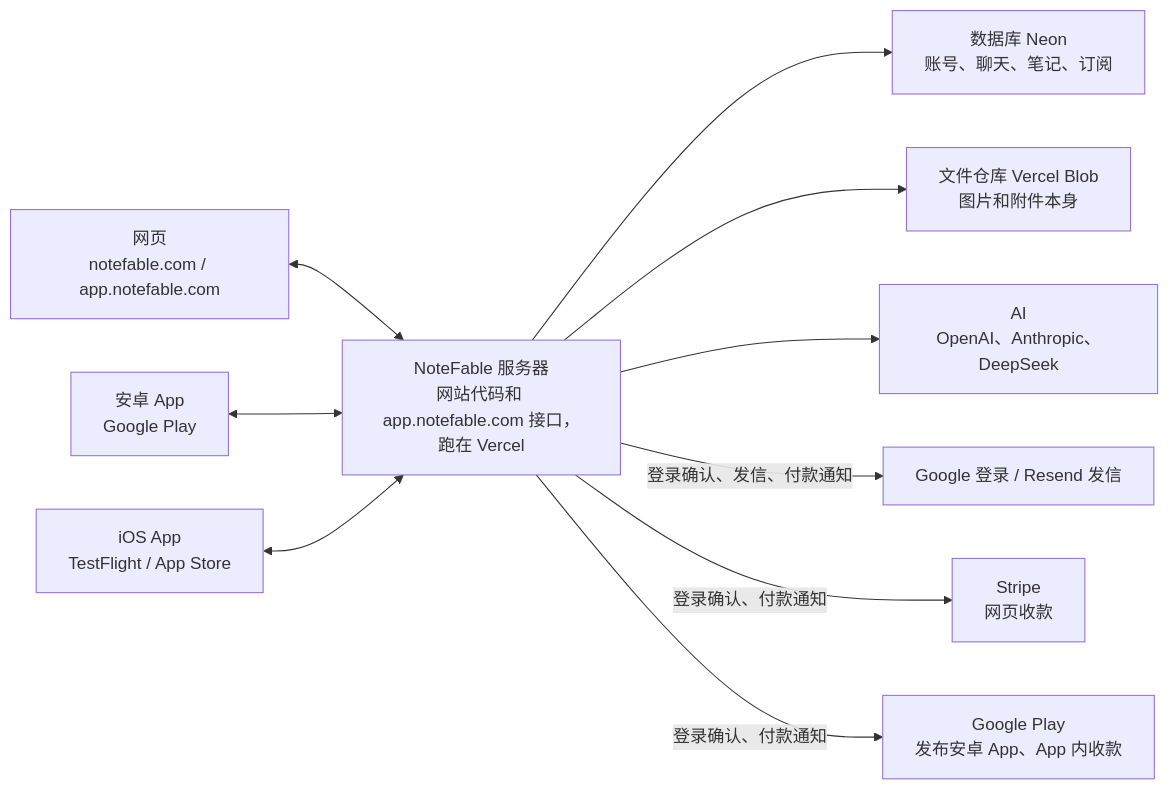
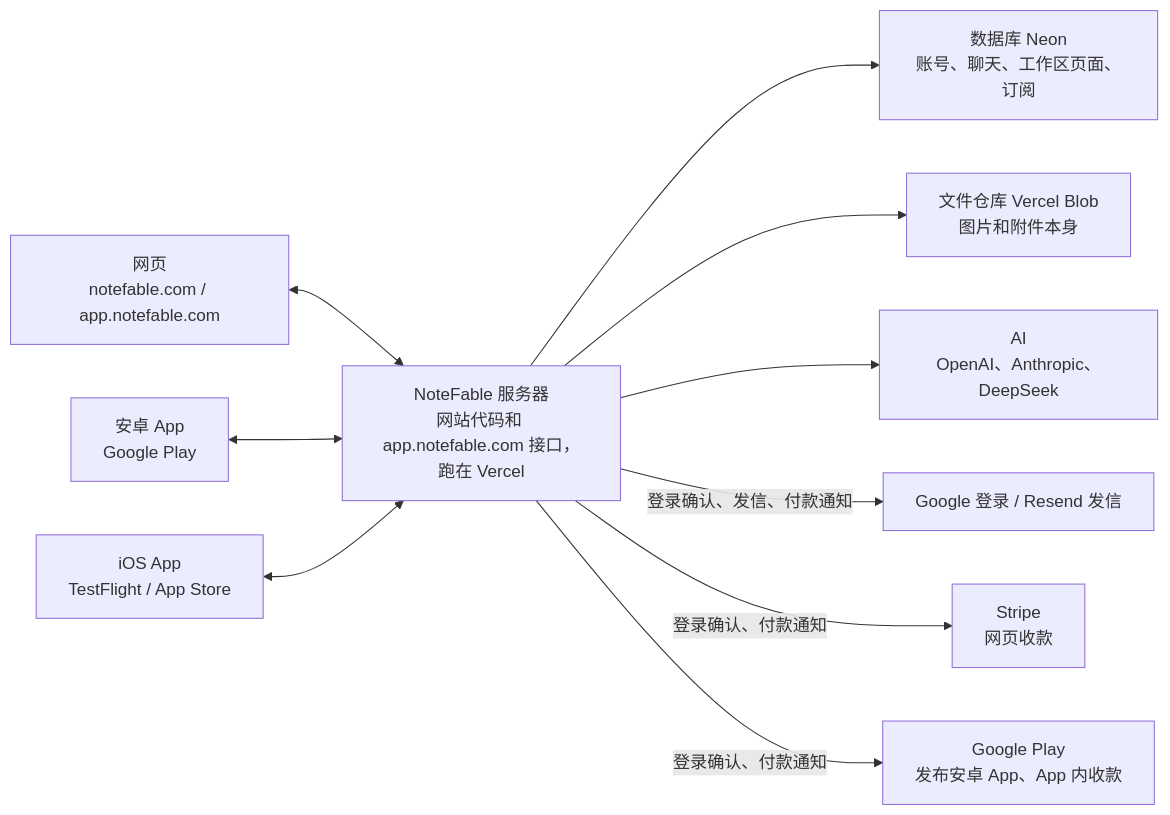
One commit to kakumine2001/NoteFable changed the diagram in docs/project-map.md. Above: the diagram before and after it, drawn with Mermaid. The commit also changed other lines of this file and 16 other files, not shown here.

````diff
--- a/docs/project-map.md
+++ b/docs/project-map.md
@@ -11,13 +11,13 @@
 ```mermaid
 flowchart LR
   Web["网页<br/>notefable.com / app.notefable.com"] <--> Server
   Android["安卓 App<br/>Google Play"] <--> Server
   iOS["iOS App<br/>TestFlight / App Store"] <--> Server
   Server["NoteFable 服务器<br/>网站代码和 app.notefable.com 接口，跑在 Vercel"]
-  Server --> DB["数据库 Neon<br/>账号、聊天、笔记、订阅"]
+  Server --> DB["数据库 Neon<br/>账号、聊天、工作区页面、订阅"]
   Server --> Blob["文件仓库 Vercel Blob<br/>图片和附件本身"]
   Server --> AI["AI<br/>OpenAI、Anthropic、DeepSeek"]
   Server -- 登录确认、发信、付款通知 --> Login["Google 登录 / Resend 发信"]
   Server -- 登录确认、付款通知 --> Stripe["Stripe<br/>网页收款"]
   Server -- 登录确认、付款通知 --> Play["Google Play<br/>发布安卓 App、App 内收款"]
 ```
````
